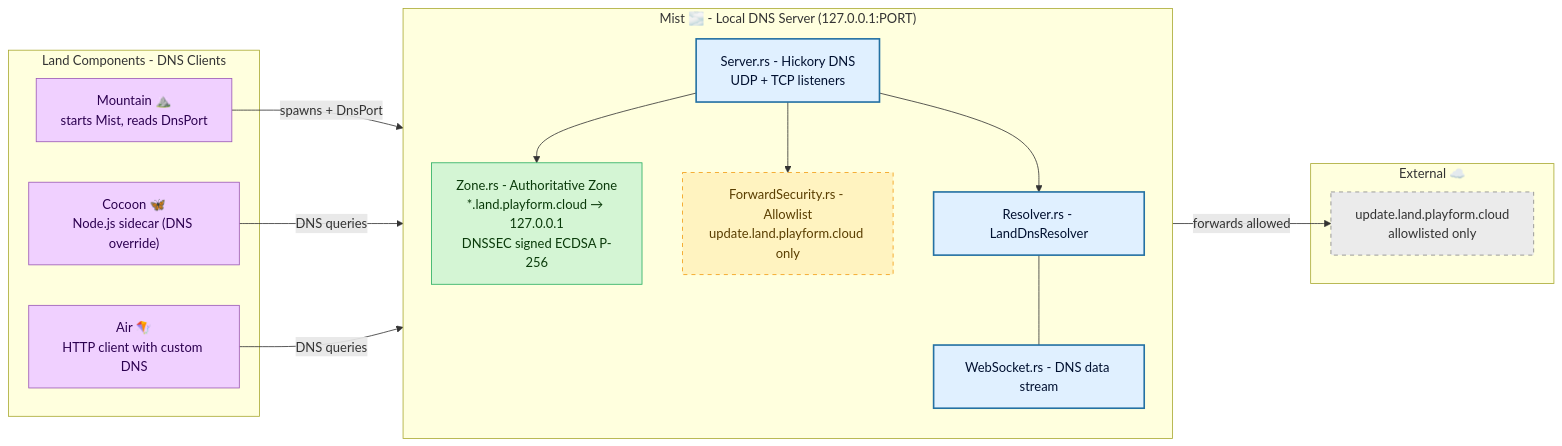
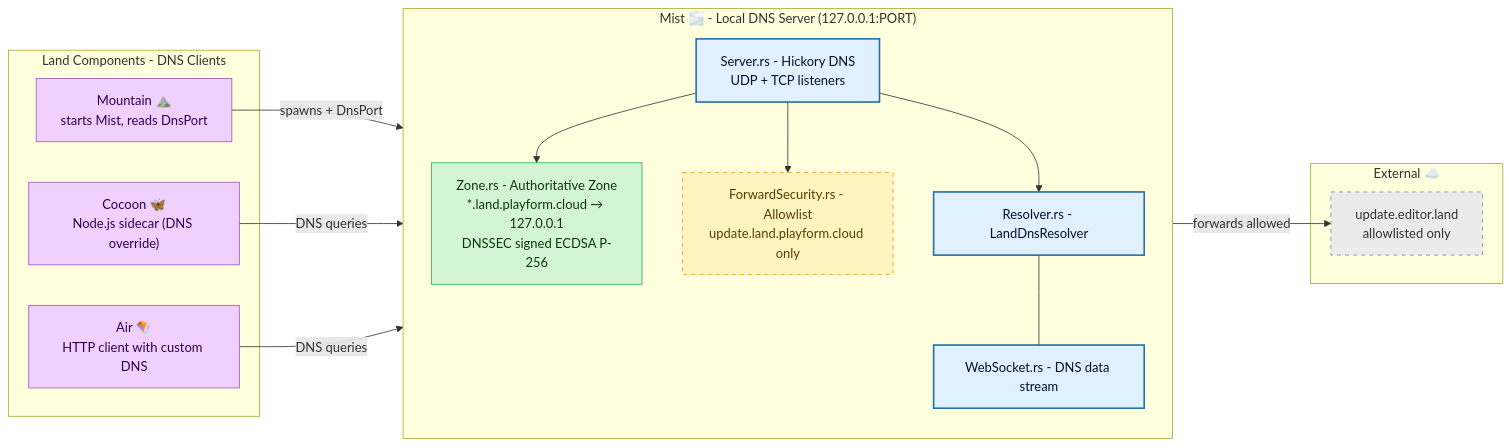
Before and after one commit to CodeEditorLand/Mist: the diagram in README.md, drawn with Mermaid. The commit also changed other lines of this file and 7 other files, not shown here.

First line of the commit message:
fix(Mist): Reconcile domain references with active land.playform.cloud

````diff
--- a/README.md
+++ b/README.md
@@ -112,37 +112,37 @@
 ```mermaid
 graph LR
     classDef mist     fill:#e0f0ff,stroke:#2471a3,stroke-width:2px,color:#001030;
     classDef zone     fill:#d4f5d4,stroke:#27ae60,stroke-width:1px,color:#0a3a0a;
     classDef forward  fill:#fff3c0,stroke:#f39c12,stroke-width:1px,stroke-dasharray:5 5,color:#5a3e00;
     classDef consumer fill:#f0d0ff,stroke:#9b59b6,stroke-width:1px,color:#2c0050;
     classDef external fill:#ebebeb,stroke:#888,stroke-width:1px,stroke-dasharray:5 5,color:#333;
 
     subgraph CONSUMERS["Land Components - DNS Clients"]
         Mountain["Mountain ⛰️\nstarts Mist, reads DnsPort"]:::consumer
         Cocoon["Cocoon 🦋\nNode.js sidecar (DNS override)"]:::consumer
         Air["Air 🪁\nHTTP client with custom DNS"]:::consumer
     end
 
     subgraph MIST["Mist 🌫️ - Local DNS Server (127.0.0.1:PORT)"]
         direction TB
         Server["Server.rs - Hickory DNS\nUDP + TCP listeners"]:::mist
         Zone["Zone.rs - Authoritative Zone\n*.land.playform.cloud → 127.0.0.1\nDNSSEC signed ECDSA P-256"]:::zone
         Forward["ForwardSecurity.rs - Allowlist\nupdate.land.playform.cloud only"]:::forward
         Resolver["Resolver.rs - LandDnsResolver"]:::mist
         WSTransport["WebSocket.rs - DNS data stream"]:::mist
 
         Server --> Zone
         Server --> Forward
         Server --> Resolver
         Resolver --- WSTransport
     end
 
     subgraph INTERNET["External ☁️"]
-        UpdateServer["update.land.playform.cloud\nallowlisted only"]:::external
+        UpdateServer["update.editor.land\nallowlisted only"]:::external
     end
 
     Mountain -- spawns + DnsPort --> Server
     Cocoon -- DNS queries --> Server
     Air -- DNS queries --> Resolver
     Forward -- forwards allowed --> UpdateServer
 ```
````
